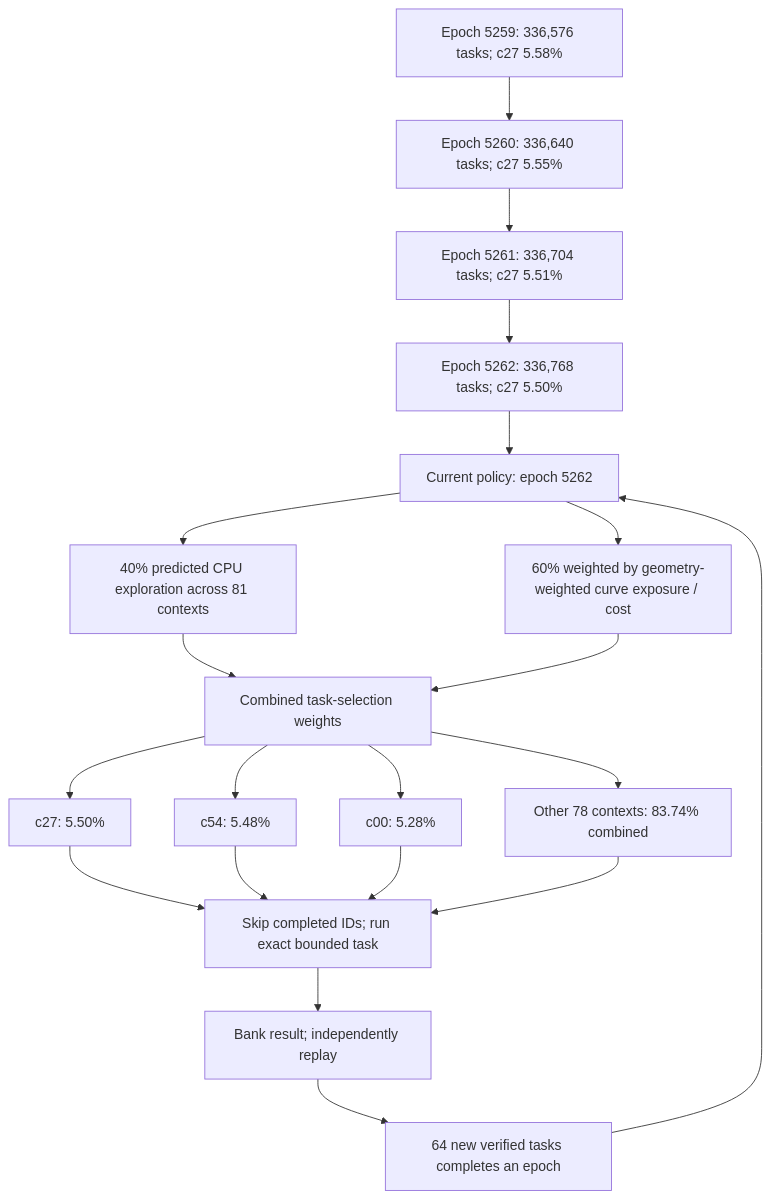
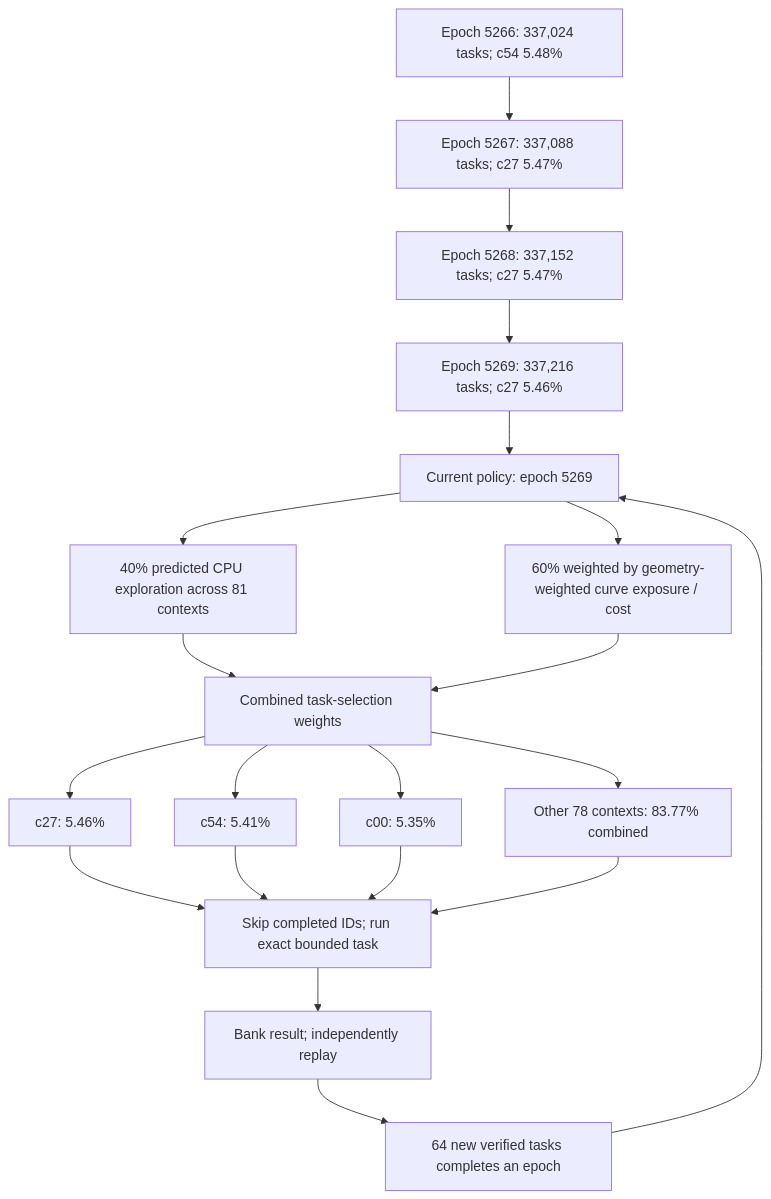
One commit to Kuberwastaken/math-gambling changed the first of 3 diagrams in README.md. Above: the diagram before and after it, drawn with Mermaid. The commit also changed other lines of this file and 1635 other files, not shown here.

````diff
--- a/README.md
+++ b/README.md
@@ -60,27 +60,27 @@
 ```mermaid
 flowchart TD
-    H0["Epoch 5259: 336,576 tasks; c27 5.58%"]
-    H1["Epoch 5260: 336,640 tasks; c27 5.55%"]
+    H0["Epoch 5266: 337,024 tasks; c54 5.48%"]
+    H1["Epoch 5267: 337,088 tasks; c27 5.47%"]
     H0 --> H1
-    H2["Epoch 5261: 336,704 tasks; c27 5.51%"]
+    H2["Epoch 5268: 337,152 tasks; c27 5.47%"]
     H1 --> H2
-    H3["Epoch 5262: 336,768 tasks; c27 5.50%"]
+    H3["Epoch 5269: 337,216 tasks; c27 5.46%"]
     H2 --> H3
-    Policy["Current policy: epoch 5262"]
+    Policy["Current policy: epoch 5269"]
     H3 --> Policy
     Policy --> Explore["40% predicted CPU exploration across 81 contexts"]
     Policy --> Cost["60% weighted by geometry-weighted curve exposure / cost"]
     Explore --> Mix["Combined task-selection weights"]
     Cost --> Mix
-    Mix --> C0["c27: 5.50%"]
-    Mix --> C1["c54: 5.48%"]
-    Mix --> C2["c00: 5.28%"]
-    Mix --> Rest["Other 78 contexts: 83.74% combined"]
+    Mix --> C0["c27: 5.46%"]
+    Mix --> C1["c54: 5.41%"]
+    Mix --> C2["c00: 5.35%"]
+    Mix --> Rest["Other 78 contexts: 83.77% combined"]
     C0 --> Check["Skip completed IDs; run exact bounded task"]
     C1 --> Check
     C2 --> Check
     Rest --> Check
     Check --> Replay["Bank result; independently replay"]
     Replay --> Gate["64 new verified tasks completes an epoch"]
     Gate --> Policy
 ```
````
